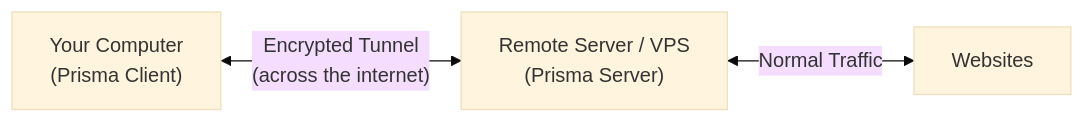
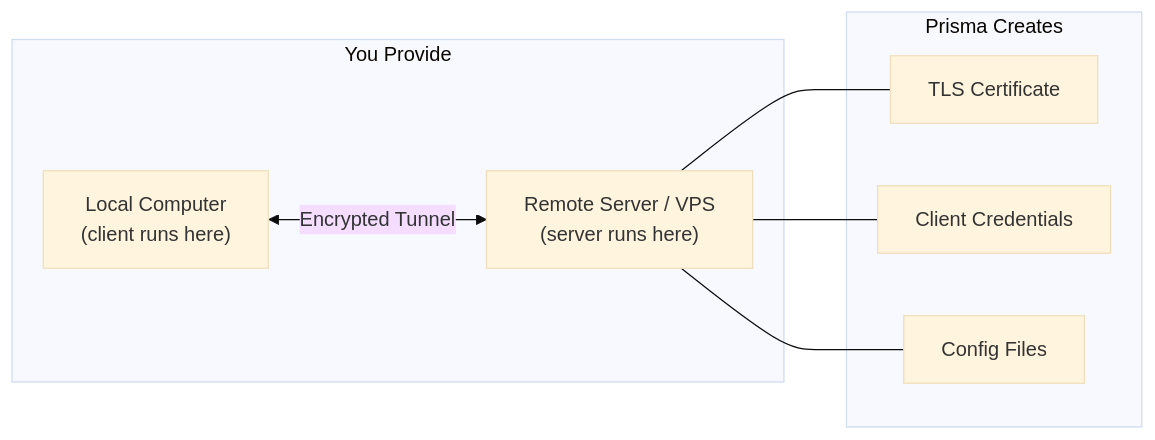
Before and after one commit to prisma-proxy/prisma: the second of 3 diagrams in prisma-docs/docs/guide/prepare.md, drawn with Mermaid (base theme). The commit also changed other lines of this file and 11 other files, not shown here.

````diff
--- a/prisma-docs/docs/guide/prepare.md
+++ b/prisma-docs/docs/guide/prepare.md
@@ -17,5 +49,18 @@
 ```mermaid
 graph LR
-    A["Your Computer\n(Prisma Client)"] <-->|"Encrypted Tunnel\n(across the internet)"| B["Remote Server / VPS\n(Prisma Server)"]
-    B <-->|"Normal Traffic"| C["Websites"]
+    subgraph "You Provide"
+        LC["Local Computer\n(client runs here)"]
+        VPS["Remote Server / VPS\n(server runs here)"]
+    end
+
+    subgraph "Prisma Creates"
+        CERT["TLS Certificate"]
+        CRED["Client Credentials"]
+        CONF["Config Files"]
+    end
+
+    LC <-->|"Encrypted Tunnel"| VPS
+    VPS --- CERT
+    VPS --- CRED
+    VPS --- CONF
 ```
````
